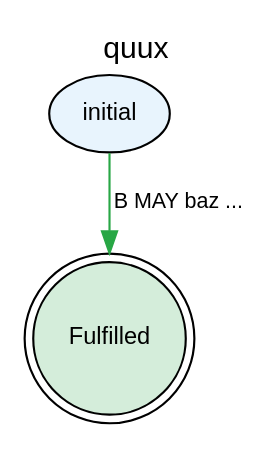
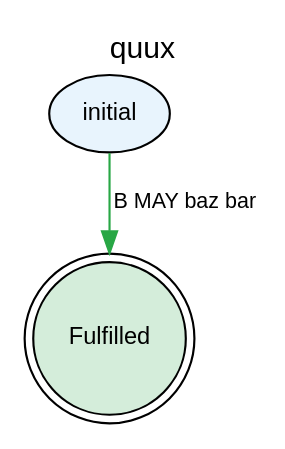
Before and after one commit to legalese/l4-ide: the diagram in jl4/examples/state-graphs/quux.dot, drawn with Graphviz. The commit also changed 93 other files, not shown here.

```diff
--- a/jl4/examples/state-graphs/quux.dot
+++ b/jl4/examples/state-graphs/quux.dot
@@ -1,24 +1,24 @@
 digraph {
     graph [rankdir=TB
           ,label=quux
           ,labelloc=t
           ,fontname=Helvetica
           ,fontsize=14];
     node [fontname=Helvetica
          ,fontsize=11];
     edge [fontname=Helvetica
          ,fontsize=10];
     0 [label=initial
       ,fillcolor=white
       ,style=filled
       ,shape=ellipse
       ,fillcolor="#e8f4fd"];
     1 [label=Fulfilled
       ,fillcolor=white
       ,style=filled
       ,shape=doublecircle
       ,fillcolor="#d4edda"];
-    0 -> 1 [label="B MAY baz ..."
+    0 -> 1 [label="B MAY baz bar"
            ,color="#28a745"
            ,style=solid];
 }
```
